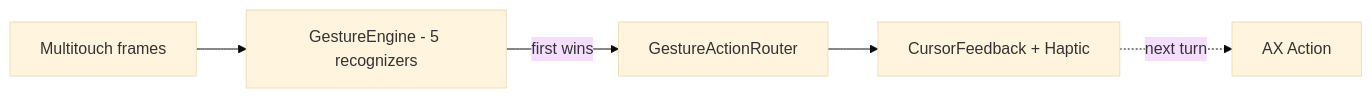
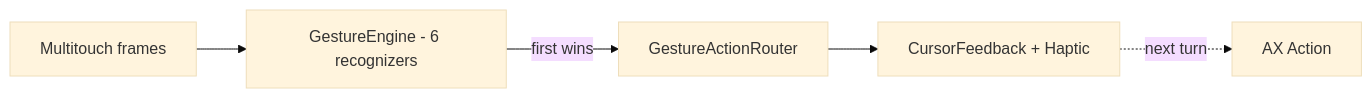
Before and after one commit to ShubhamJ010/MCSC: the first of 2 diagrams in docs/GESTURES.md, drawn with Mermaid (base theme). The commit also changed other lines of this file and 14 other files, not shown here.

````diff
--- a/docs/GESTURES.md
+++ b/docs/GESTURES.md
@@ -41,7 +41,7 @@
 ```mermaid
 flowchart LR
-    MT[Multitouch frames] --> GE[GestureEngine - 5 recognizers]
+    MT[Multitouch frames] --> GE[GestureEngine - 6 recognizers]
     GE -->|first wins| GR[GestureActionRouter]
     GR --> FB[CursorFeedback + Haptic]
     FB -. next turn .-> AX[AX Action]
 ```
````
